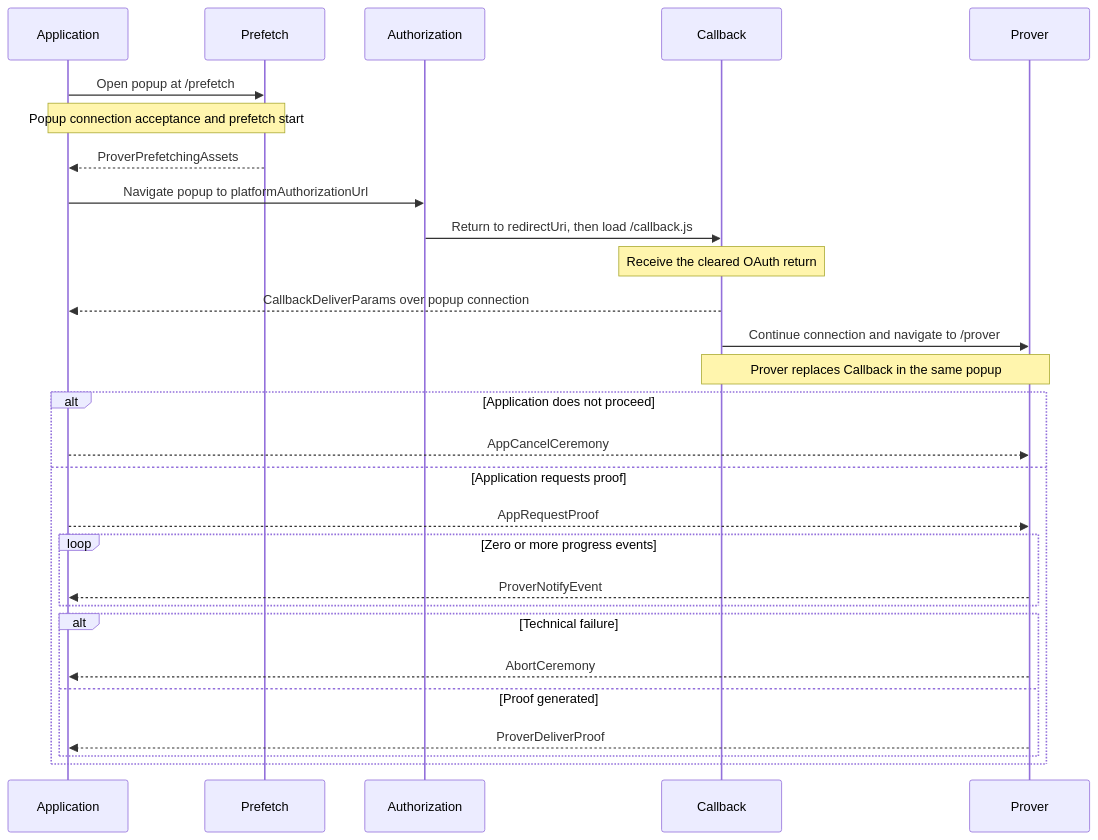
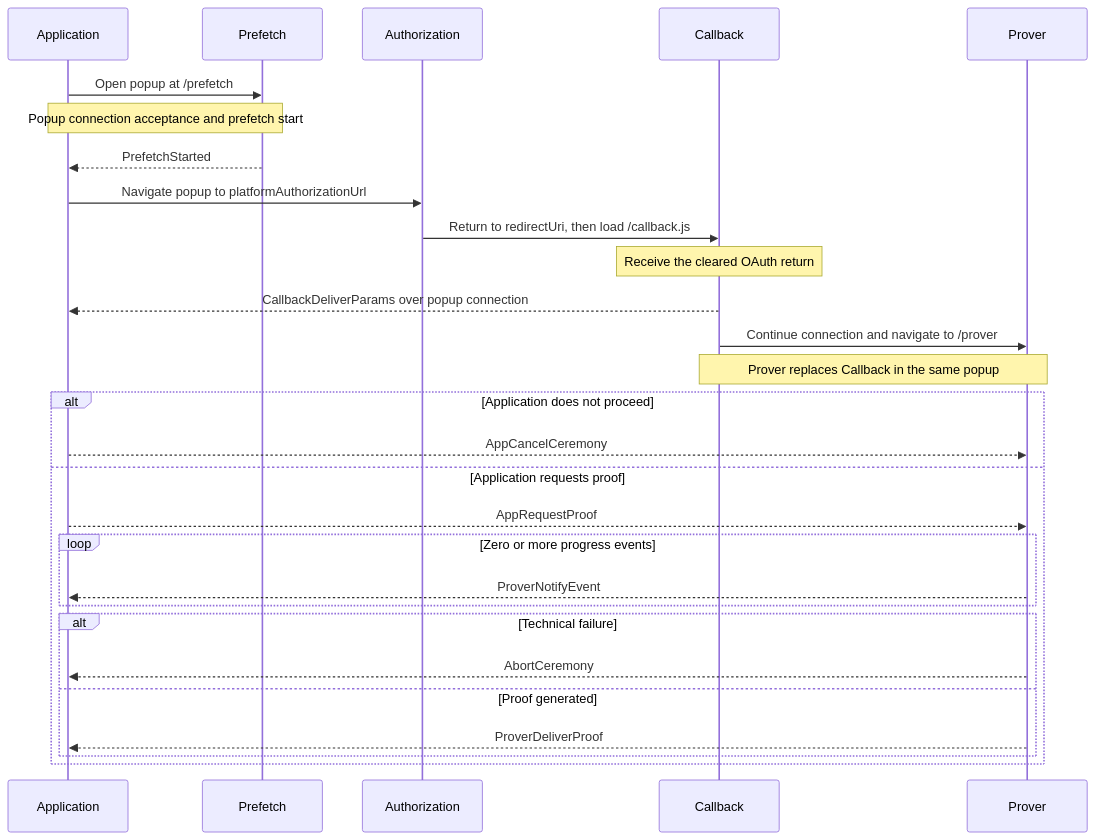
The diagram in ts/packages/ceremony/CCDP.md (libid-org/libid), drawn with Mermaid before and after one commit. The commit also changed other lines of this file and 3 other files, not shown here.

Commit message:
docs(ccdp): separate messages from protocol flow

````diff
--- a/ts/packages/ceremony/CCDP.md
+++ b/ts/packages/ceremony/CCDP.md
@@ -394,31 +405,31 @@
 ```mermaid
 sequenceDiagram
     participant A as Application
     participant F as Prefetch
     participant O as Authorization
     participant C as Callback
     participant P as Prover
 
     A->>F: Open popup at /prefetch
     Note over A,F: Popup connection acceptance and prefetch start
-    F-->>A: ProverPrefetchingAssets
+    F-->>A: PrefetchStarted
     A->>O: Navigate popup to platformAuthorizationUrl
     O->>C: Return to redirectUri, then load /callback.js
     Note over C: Receive the cleared OAuth return
     C-->>A: CallbackDeliverParams over popup connection
     C->>P: Continue connection and navigate to /prover
     Note over C,P: Prover replaces Callback in the same popup
     alt Application does not proceed
         A-->>P: AppCancelCeremony
     else Application requests proof
         A-->>P: AppRequestProof
         loop Zero or more progress events
             P-->>A: ProverNotifyEvent
         end
         alt Technical failure
             P-->>A: AbortCeremony
         else Proof generated
             P-->>A: ProverDeliverProof
         end
     end
 ```
````
